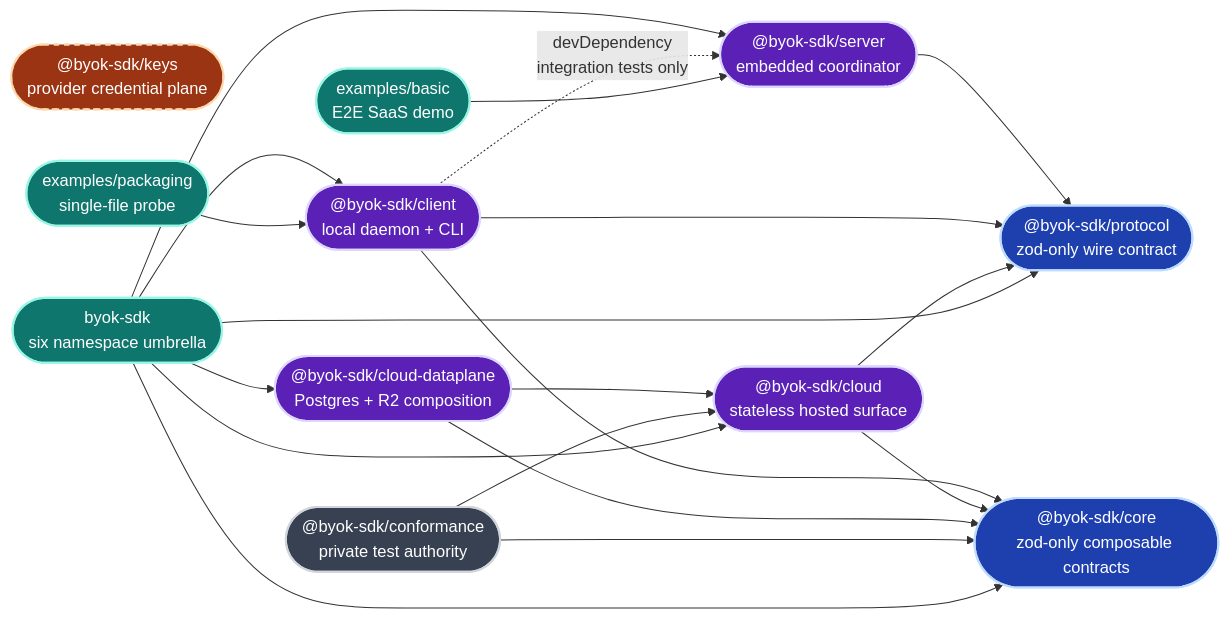
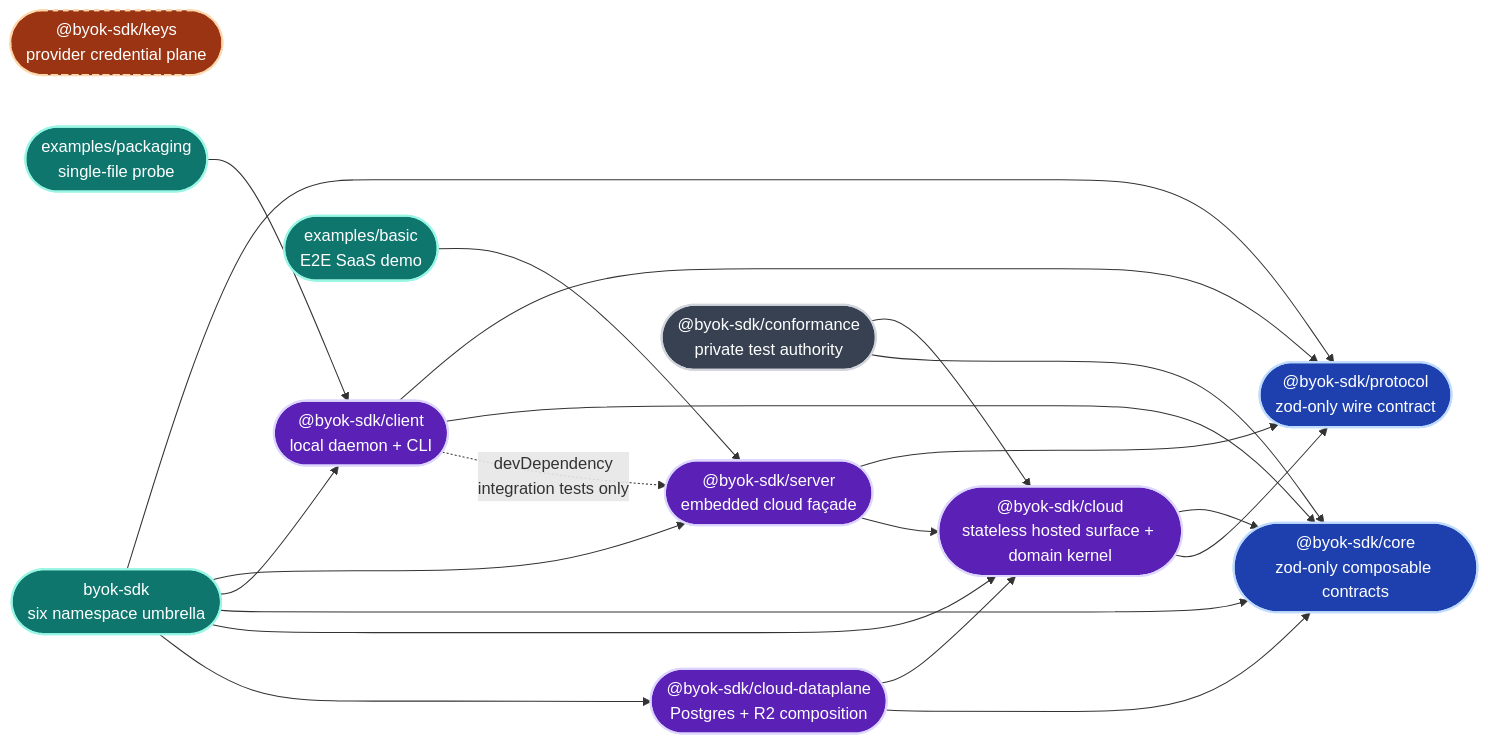
The second of 23 diagrams in docs/architecture/sdk-architecture.md (Ancienttwo/byok-sdk), drawn with Mermaid before and after one commit. The commit also changed other lines of this file and 10 other files, not shown here.

````diff
--- a/docs/architecture/sdk-architecture.md
+++ b/docs/architecture/sdk-architecture.md
@@ -112,41 +114,42 @@
 ```mermaid
 flowchart LR
   classDef contract fill:#1e40af,stroke:#bfdbfe,stroke-width:2px,color:#fff
   classDef runtime fill:#5b21b6,stroke:#ddd6fe,stroke-width:2px,color:#fff
   classDef key fill:#9a3412,stroke:#fed7aa,stroke-width:2px,color:#fff
   classDef example fill:#0f766e,stroke:#99f6e4,stroke-width:2px,color:#fff
   classDef dev fill:#374151,stroke:#d1d5db,stroke-width:2px,color:#fff
 
   Protocol(["@byok-sdk/protocol<br/>zod-only wire contract"]):::contract
-  Server(["@byok-sdk/server<br/>embedded coordinator"]):::runtime
+  Server(["@byok-sdk/server<br/>embedded cloud façade"]):::runtime
   Client(["@byok-sdk/client<br/>local daemon + CLI"]):::runtime
   Keys(["@byok-sdk/keys<br/>provider credential plane"]):::key
   Core(["@byok-sdk/core<br/>zod-only composable contracts"]):::contract
-  Cloud(["@byok-sdk/cloud<br/>stateless hosted surface"]):::runtime
+  Cloud(["@byok-sdk/cloud<br/>stateless hosted surface + domain kernel"]):::runtime
   CloudPg(["@byok-sdk/cloud-dataplane<br/>Postgres + R2 composition"]):::runtime
   SDK(["byok-sdk<br/>six namespace umbrella"]):::example
   Conformance(["@byok-sdk/conformance<br/>private test authority"]):::dev
   Basic(["examples/basic<br/>E2E SaaS demo"]):::example
   Packaging(["examples/packaging<br/>single-file probe"]):::example
 
   Server --> Protocol
+  Server --> Cloud
   Client --> Protocol
   Client --> Core
   Cloud --> Core
   Cloud --> Protocol
   CloudPg --> Cloud
   CloudPg --> Core
   Conformance --> Cloud
   Conformance --> Core
   SDK --> Protocol
   SDK --> Server
   SDK --> Client
   SDK --> Core
   SDK --> Cloud
   SDK --> CloudPg
   Client -.->|"devDependency<br/>integration tests only"| Server
   Basic --> Server
   Packaging --> Client
 
   style Keys stroke-dasharray:5 5
 ```
````
